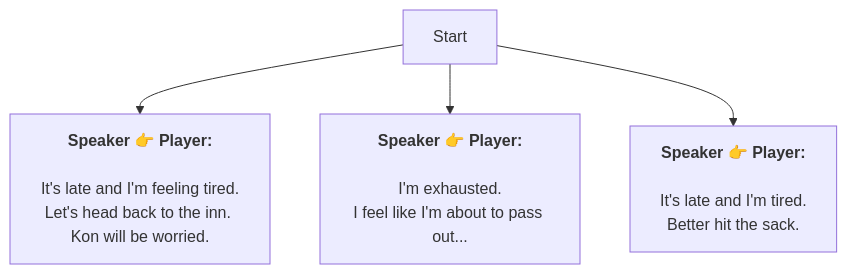
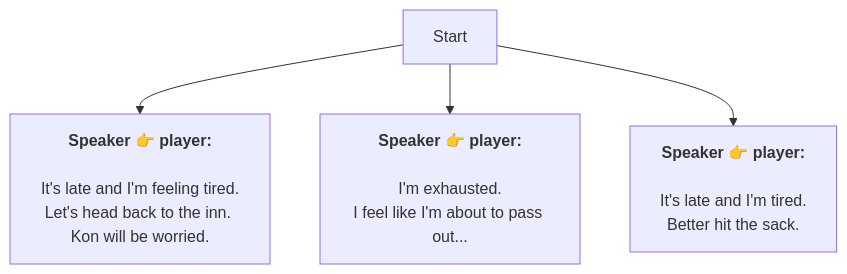
The diagram in En/PlayerBackground.md (SoftHu/tos_avg), drawn with Mermaid before and after one commit. The commit also changed 737 other files, not shown here.

````diff
--- a/En/PlayerBackground.md
+++ b/En/PlayerBackground.md
@@ -1,16 +1,13 @@
 ```mermaid
 graph
-Start -->1732261134497922[<b>Speaker 👉 Player:</b>
-
-It's late and I'm feeling tired.
+Start -->1732261134497922[<b>Speaker 👉 player:</b>
+\nIt's late and I'm feeling tired.
 Let's head back to the inn. Kon will be worried.]
-Start -->1732283576011879[<b>Speaker 👉 Player:</b>
-
-I'm exhausted.
+Start -->1732283576011879[<b>Speaker 👉 player:</b>
+\nI'm exhausted.
 I feel like I'm about to pass out...]
-Start -->1740923208445142[<b>Speaker 👉 Player:</b>
-
-It's late and I'm tired.
+Start -->1740923208445142[<b>Speaker 👉 player:</b>
+\nIt's late and I'm tired.
 Better hit the sack.]
 
- ```
+```
````
